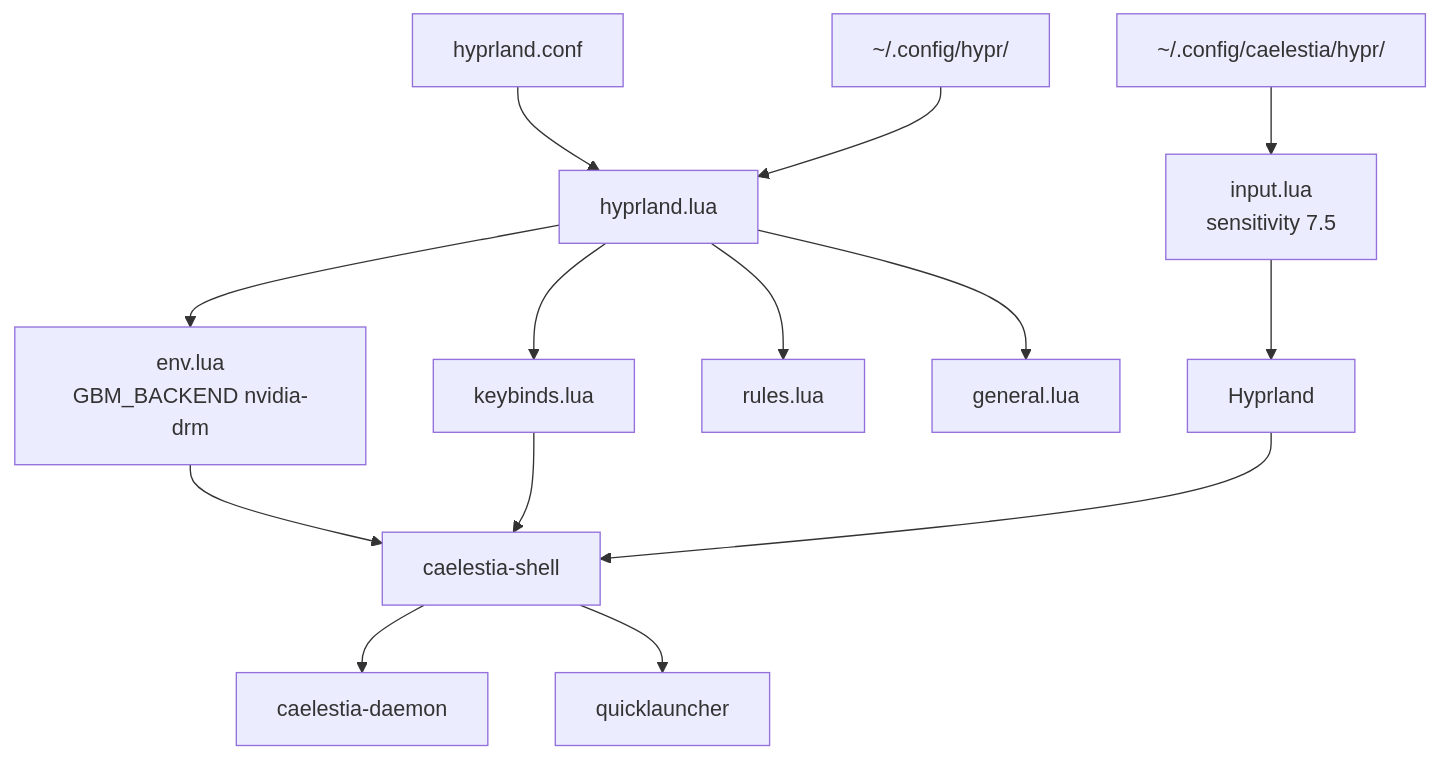
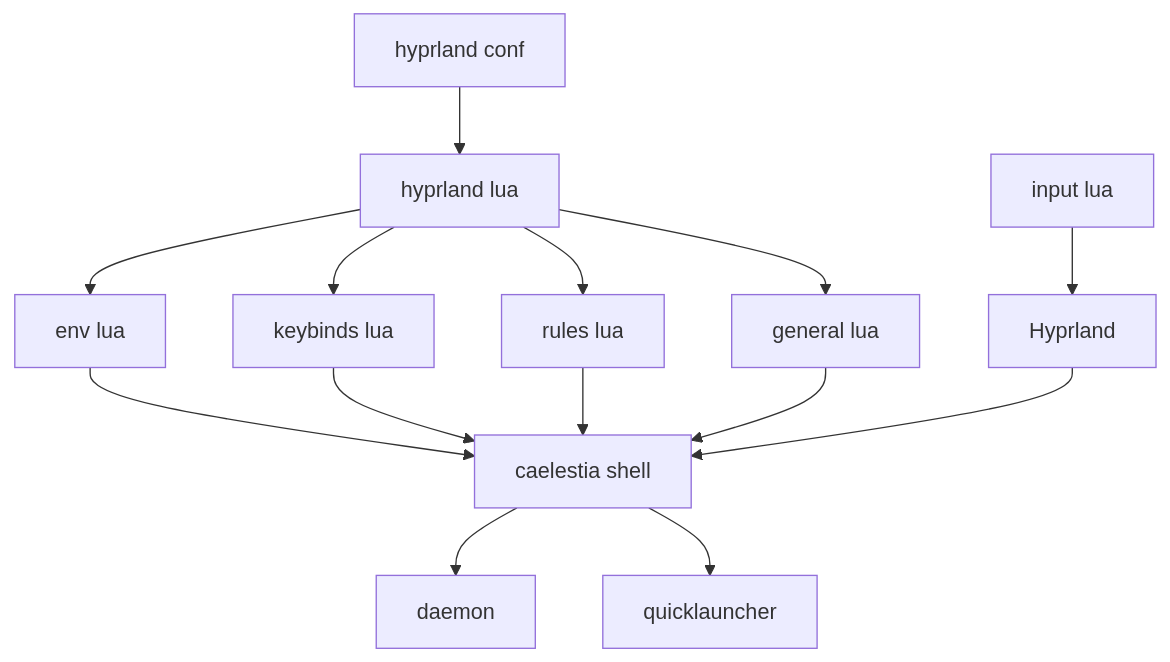
The eighth of 32 diagrams in Graph-Web-Atlas.md (444Nazky/My-Vault), drawn with Mermaid before and after one commit. The commit also changed other lines of this file and 8 other files, not shown here.

````diff
--- a/Graph-Web-Atlas.md
+++ b/Graph-Web-Atlas.md
@@ -126,16 +155,16 @@
 ```mermaid
 graph TD
-    HCONF[hyprland.conf] --> LUA[hyprland.lua]
-    LUA --> ENV[env.lua<br/>GBM_BACKEND nvidia-drm]
-    LUA --> KEYS[keybinds.lua]
-    LUA --> RULES[rules.lua]
-    LUA --> GEN[general.lua]
-    ENV --> SHELL[caelestia-shell]
+    HCONF["hyprland conf"] --> LUA["hyprland lua"]
+    LUA --> ENV["env lua"]
+    LUA --> KEYS["keybinds lua"]
+    LUA --> RULES["rules lua"]
+    LUA --> GEN["general lua"]
+    ENV --> SHELL["caelestia shell"]
     KEYS --> SHELL
-    INPUT[input.lua<br/>sensitivity 7.5] --> HYP[Hyprland]
+    RULES --> SHELL
+    GEN --> SHELL
+    INPUT["input lua"] --> HYP["Hyprland"]
     HYP --> SHELL
-    SHELL --> DAEMON[caelestia-daemon]
-    SHELL --> LAUNCH[quicklauncher]
-    CONF1["~/.config/hypr/"] --> LUA
-    CONF2["~/.config/caelestia/hypr/"] --> INPUT
+    SHELL --> DAEMON["daemon"]
+    SHELL --> LAUNCH["quicklauncher"]
 ```
````
